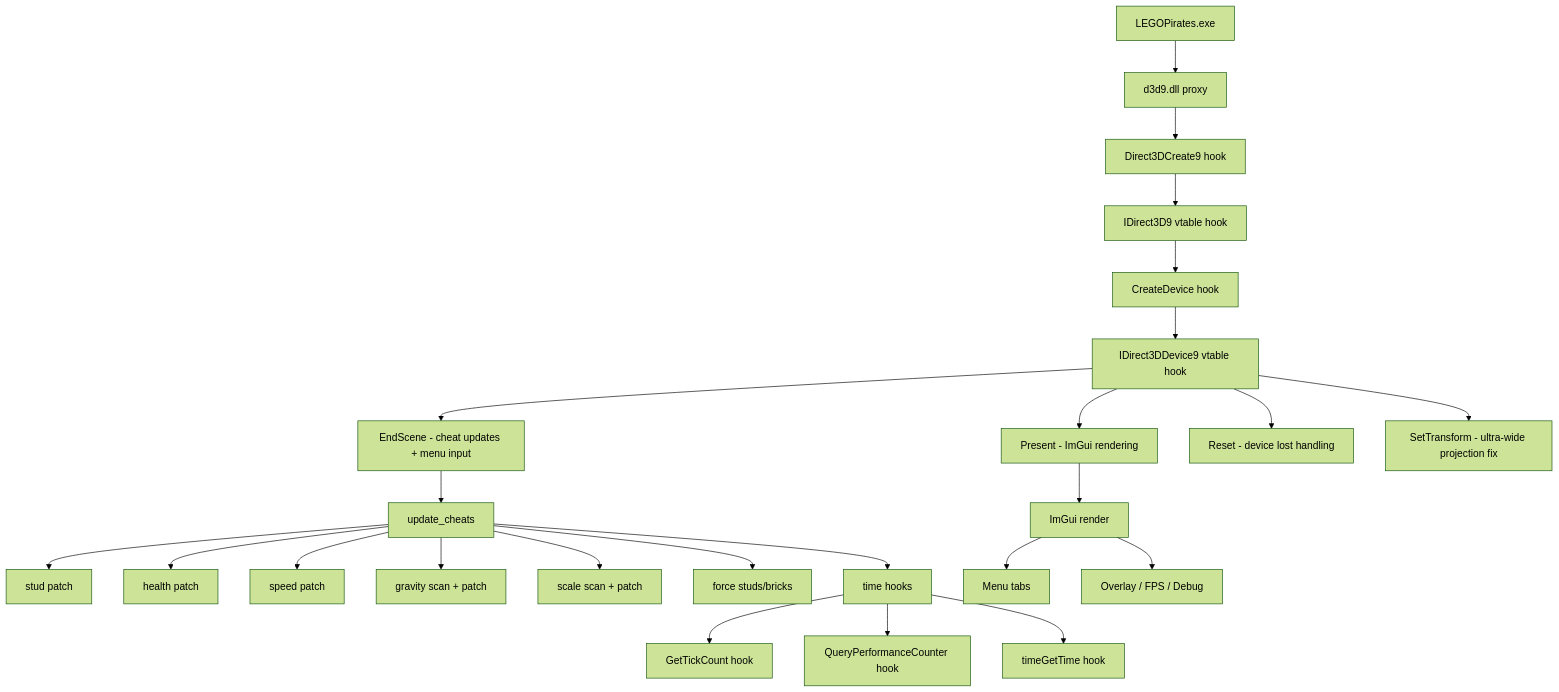
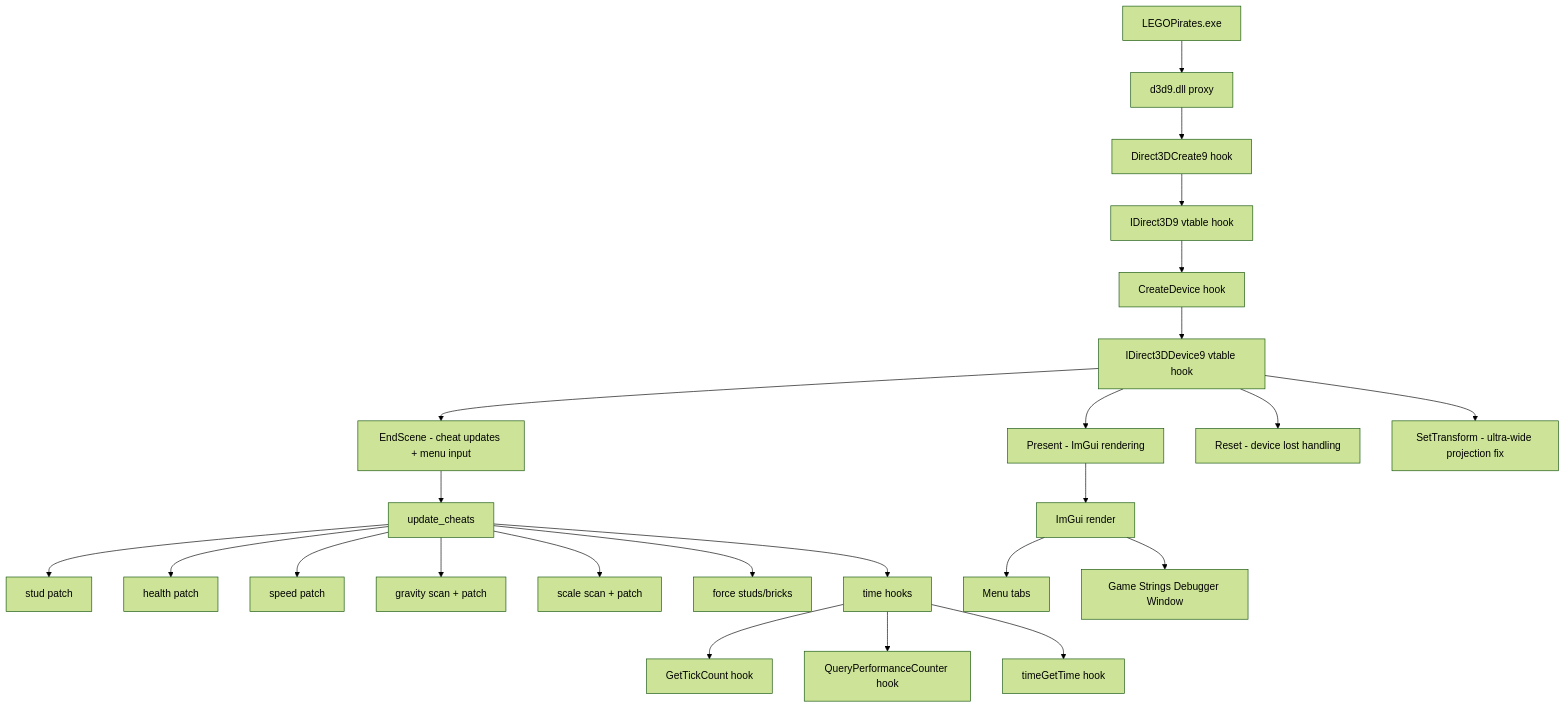
Before and after one commit to Twyx22/black-pearl-engine: the diagram in README.md, drawn with Mermaid (forest theme). The commit also changed other lines of this file, not shown here.

````diff
--- a/README.md
+++ b/README.md
@@ -223,30 +157,30 @@
 ```mermaid
 graph TD
     A[LEGOPirates.exe] --> B[d3d9.dll proxy]
     B --> C[Direct3DCreate9 hook]
     C --> D[IDirect3D9 vtable hook]
     D --> E[CreateDevice hook]
     E --> F[IDirect3DDevice9 vtable hook]
     
     F --> G[EndScene - cheat updates + menu input]
     F --> H[Present - ImGui rendering]
     F --> I[Reset - device lost handling]
     F --> J[SetTransform - ultra-wide projection fix]
     
     G --> K[update_cheats]
     K --> L[ stud patch ]
     K --> M[ health patch ]
     K --> N[ speed patch ]
     K --> O[ gravity scan + patch ]
     K --> P[ scale scan + patch ]
     K --> Q[ force studs/bricks ]
     
     K --> R[time hooks]
     R --> S[GetTickCount hook]
     R --> T[QueryPerformanceCounter hook]
     R --> U[timeGetTime hook]
     
     H --> V[ImGui render]
     V --> W[Menu tabs]
-    V --> X[Overlay / FPS / Debug]
+    V --> X[Game Strings Debugger Window]
 ```
````
